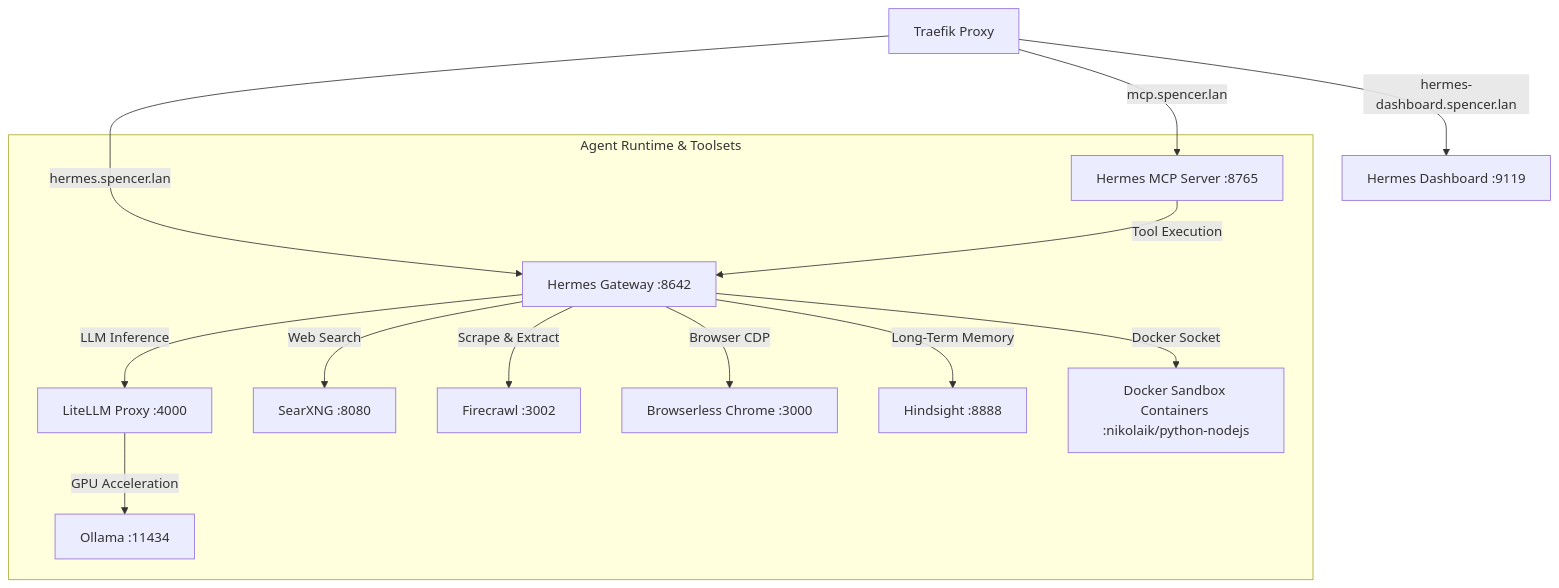
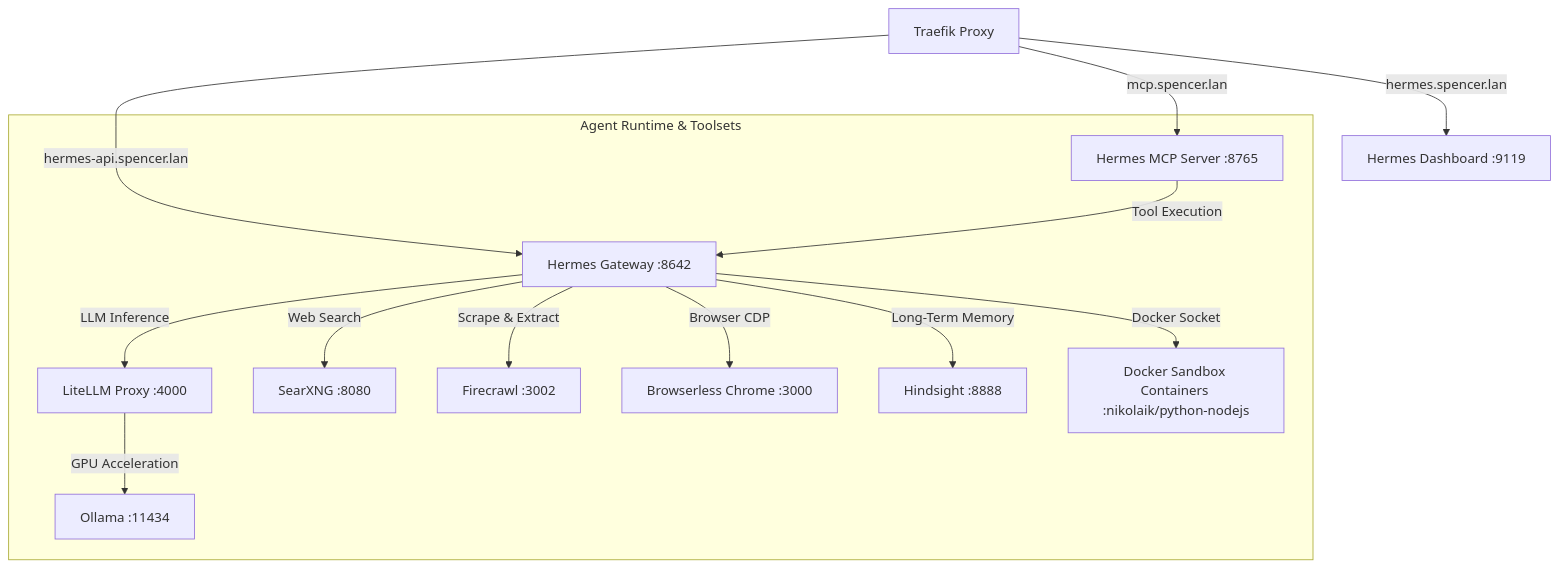
One commit to jamesbspencer/homelab changed the diagram in docs/hermes.md. Above: the diagram before and after it, drawn with Mermaid. The commit also changed other lines of this file and 7 other files, not shown here.

First line of the commit message:
feat(traefik,hermes): reconfigure hermes routing and enable ACME public ingress

````diff
--- a/docs/hermes.md
+++ b/docs/hermes.md
@@ -22,17 +22,17 @@
 ```mermaid
 graph TD
-    Traefik[Traefik Proxy] -->|hermes.spencer.lan| Gateway[Hermes Gateway :8642]
-    Traefik -->|hermes-dashboard.spencer.lan| Dashboard[Hermes Dashboard :9119]
+    Traefik[Traefik Proxy] -->|hermes.spencer.lan| Dashboard[Hermes Dashboard :9119]
+    Traefik -->|hermes-api.spencer.lan| Gateway[Hermes Gateway :8642]
     Traefik -->|mcp.spencer.lan| MCPServer[Hermes MCP Server :8765]
     
     subgraph Agent Runtime & Toolsets
         Gateway -->|LLM Inference| LiteLLM[LiteLLM Proxy :4000]
         LiteLLM -->|GPU Acceleration| Ollama[Ollama :11434]
         MCPServer -->|Tool Execution| Gateway
         Gateway -->|Web Search| SearXNG[SearXNG :8080]
         Gateway -->|Scrape & Extract| Firecrawl[Firecrawl :3002]
         Gateway -->|Browser CDP| Browserless[Browserless Chrome :3000]
         Gateway -->|Long-Term Memory| Hindsight[Hindsight :8888]
         Gateway -->|Docker Socket| Sandbox[Docker Sandbox Containers :nikolaik/python-nodejs]
     end
 ```
````
